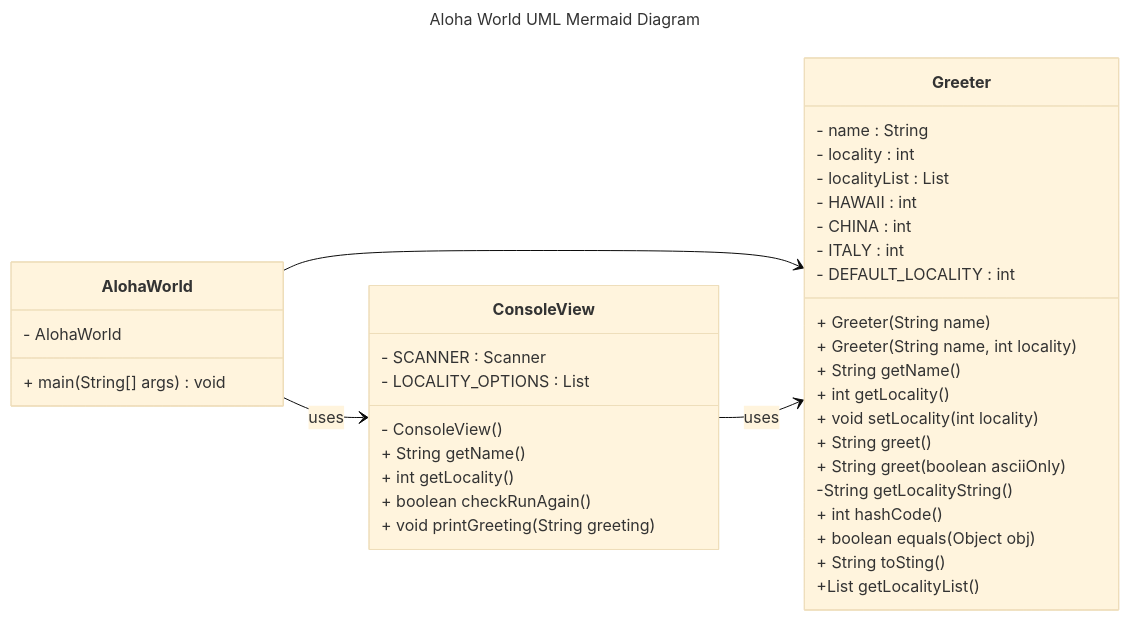
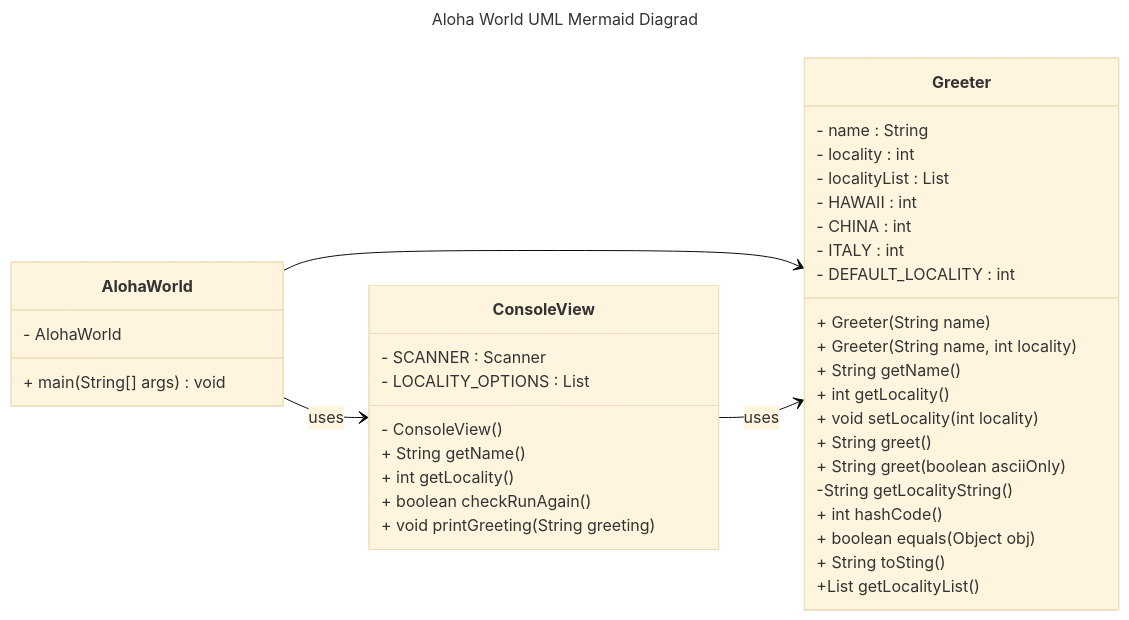
The diagram in MarkdownPlayground.md (jungbail/homework-01-aloha-world-1), drawn with Mermaid (base theme) before and after one commit. The commit also changed other lines of this file, not shown here.

Commit message:
fixed math notation issue that happened when moved to git

````diff
--- a/MarkdownPlayground.md
+++ b/MarkdownPlayground.md
@@ -26,46 +26,46 @@
 ```mermaid
 ---
-title: Aloha World UML Mermaid Diagram
+title: Aloha World UML Mermaid Diagrad
 ---
 classDiagram
    direction LR
    AlohaWorld --> Greeter
    AlohaWorld --> ConsoleView : uses
    ConsoleView --> Greeter : uses
    class AlohaWorld {
       - AlohaWorld
       + main(String[] args) void
    }
 
    class Greeter {
       - name : String
       - locality : int
       - localityList : List
       - HAWAII : int
       - CHINA : int
       - ITALY : int
       - DEFAULT_LOCALITY : int
       + Greeter(String name)
       + Greeter(String name, int locality)
       + String getName()
       + int getLocality()
       + void setLocality(int locality)
       + String greet()
       + String greet(boolean asciiOnly)
       -String getLocalityString()
       + int hashCode()
       + boolean equals(Object obj)
       + String toSting()
       +List<String> getLocalityList()
    }
    class ConsoleView {
     - SCANNER : Scanner 
     - LOCALITY_OPTIONS : List
     - ConsoleView()
     + String getName()
     + int getLocality()
     + boolean checkRunAgain()
     + void printGreeting(String greeting)
     
    }
 ```
````
